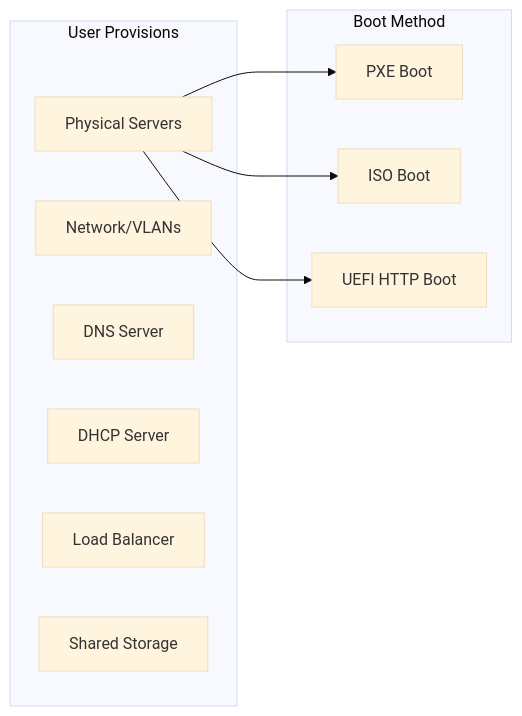
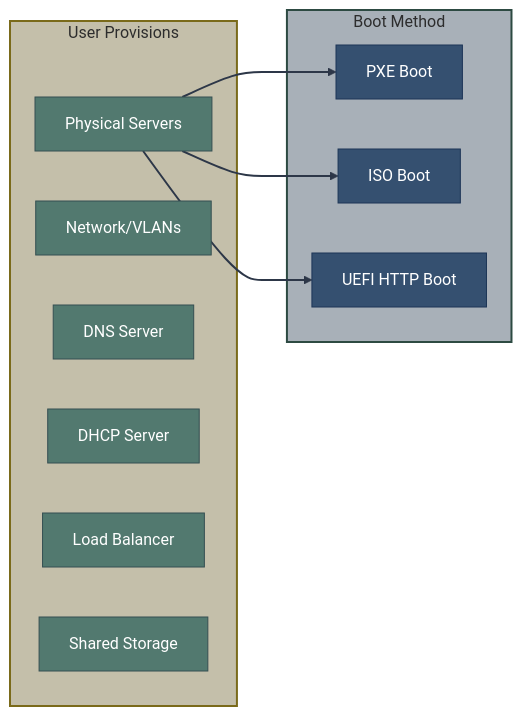
Before and after one commit to zszabo-rh/openshift-install-guide: the second of 2 diagrams in 02-traditional-installers/upi.md, drawn with Mermaid (base theme). The commit also changed other lines of this file and 16 other files, not shown here.

Commit message:
improved diagram style

````diff
--- a/02-traditional-installers/upi.md
+++ b/02-traditional-installers/upi.md
@@ -184,21 +190,36 @@
 ```mermaid
 graph LR
-    subgraph "User Provisions"
+    subgraph provisions["User Provisions"]
         SERVERS[Physical Servers]
         NETWORK[Network/VLANs]
         DNS[DNS Server]
         DHCP[DHCP Server]
         LB[Load Balancer]
         STORAGE[Shared Storage]
     end
     
-    subgraph "Boot Method"
+    subgraph boot["Boot Method"]
         PXE[PXE Boot]
         ISO[ISO Boot]
         UEFI[UEFI HTTP Boot]
     end
     
     SERVERS --> PXE
     SERVERS --> ISO
     SERVERS --> UEFI
+    
+    style SERVERS fill:#52796f,stroke:#354f52,color:#fff
+    style NETWORK fill:#52796f,stroke:#354f52,color:#fff
+    style DNS fill:#52796f,stroke:#354f52,color:#fff
+    style DHCP fill:#52796f,stroke:#354f52,color:#fff
+    style LB fill:#52796f,stroke:#354f52,color:#fff
+    style STORAGE fill:#52796f,stroke:#354f52,color:#fff
+    style PXE fill:#355070,stroke:#1d3557,color:#fff
+    style ISO fill:#355070,stroke:#1d3557,color:#fff
+    style UEFI fill:#355070,stroke:#1d3557,color:#fff
+    
+    style provisions fill:#c4bfaa,stroke:#7a6a1a,stroke-width:2px,color:#2d2d2d
+    style boot fill:#a8b0b8,stroke:#2d4a42,stroke-width:2px,color:#2d2d2d
+    
+    linkStyle default stroke:#2d3748,stroke-width:2px
 ```
````
